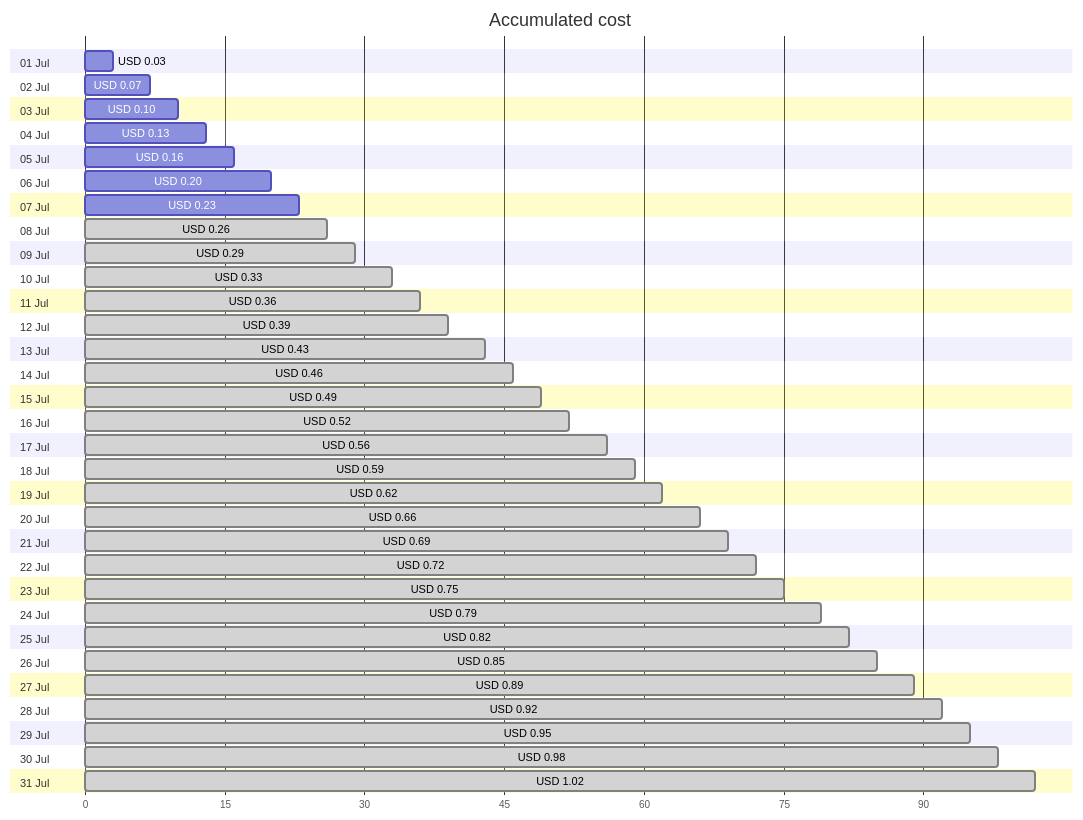
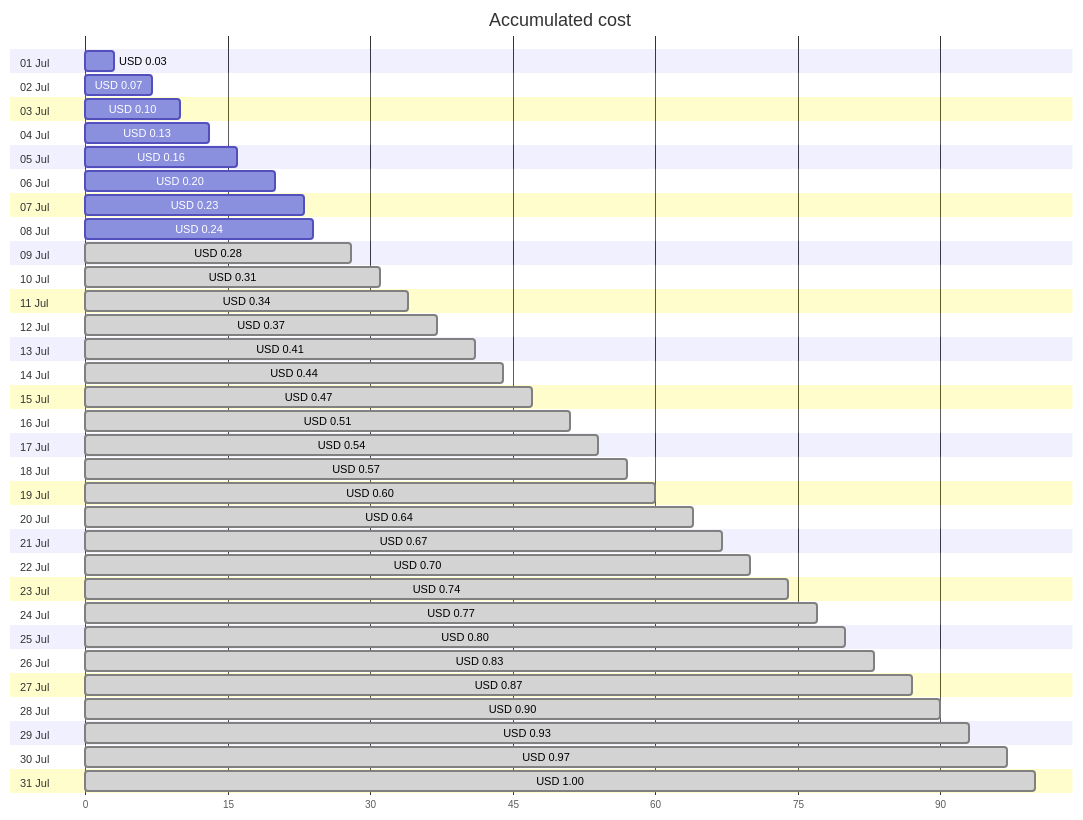
One commit to jpfulton/azure-personal-reports changed the first of 4 diagrams in cost-reports/personal-dns/README.md. Above: the diagram before and after it, drawn with Mermaid. The commit also changed other lines of this file and 2 other files, not shown here.

Commit message:
Generated reports [skip ci]

````diff
--- a/cost-reports/personal-dns/README.md
+++ b/cost-reports/personal-dns/README.md
@@ -20,68 +20,68 @@
 ```mermaid
 gantt
    title Accumulated cost
    dateFormat  X
    axisFormat %s
    section 01 Jul
    USD 0.03 :0, 3
    section 02 Jul
    USD 0.07 :0, 7
    section 03 Jul
    USD 0.10 :0, 10
    section 04 Jul
    USD 0.13 :0, 13
    section 05 Jul
    USD 0.16 :0, 16
    section 06 Jul
    USD 0.20 :0, 20
    section 07 Jul
    USD 0.23 :0, 23
    section 08 Jul
-   USD 0.26 : done, 0, 26
+   USD 0.24 :0, 24
    section 09 Jul
-   USD 0.29 : done, 0, 29
+   USD 0.28 : done, 0, 28
    section 10 Jul
-   USD 0.33 : done, 0, 33
+   USD 0.31 : done, 0, 31
    section 11 Jul
-   USD 0.36 : done, 0, 36
+   USD 0.34 : done, 0, 34
    section 12 Jul
-   USD 0.39 : done, 0, 39
+   USD 0.37 : done, 0, 37
    section 13 Jul
-   USD 0.43 : done, 0, 43
+   USD 0.41 : done, 0, 41
    section 14 Jul
-   USD 0.46 : done, 0, 46
+   USD 0.44 : done, 0, 44
    section 15 Jul
-   USD 0.49 : done, 0, 49
+   USD 0.47 : done, 0, 47
    section 16 Jul
-   USD 0.52 : done, 0, 52
+   USD 0.51 : done, 0, 51
    section 17 Jul
-   USD 0.56 : done, 0, 56
+   USD 0.54 : done, 0, 54
    section 18 Jul
-   USD 0.59 : done, 0, 59
+   USD 0.57 : done, 0, 57
    section 19 Jul
-   USD 0.62 : done, 0, 62
+   USD 0.60 : done, 0, 60
    section 20 Jul
-   USD 0.66 : done, 0, 66
+   USD 0.64 : done, 0, 64
    section 21 Jul
-   USD 0.69 : done, 0, 69
+   USD 0.67 : done, 0, 67
    section 22 Jul
-   USD 0.72 : done, 0, 72
+   USD 0.70 : done, 0, 70
    section 23 Jul
-   USD 0.75 : done, 0, 75
+   USD 0.74 : done, 0, 74
    section 24 Jul
-   USD 0.79 : done, 0, 79
+   USD 0.77 : done, 0, 77
    section 25 Jul
-   USD 0.82 : done, 0, 82
+   USD 0.80 : done, 0, 80
    section 26 Jul
-   USD 0.85 : done, 0, 85
+   USD 0.83 : done, 0, 83
    section 27 Jul
-   USD 0.89 : done, 0, 89
+   USD 0.87 : done, 0, 87
    section 28 Jul
-   USD 0.92 : done, 0, 92
+   USD 0.90 : done, 0, 90
    section 29 Jul
-   USD 0.95 : done, 0, 95
+   USD 0.93 : done, 0, 93
    section 30 Jul
-   USD 0.98 : done, 0, 98
+   USD 0.97 : done, 0, 97
    section 31 Jul
-   USD 1.02 : done, 0, 102
+   USD 1.00 : done, 0, 100
 ```
````
